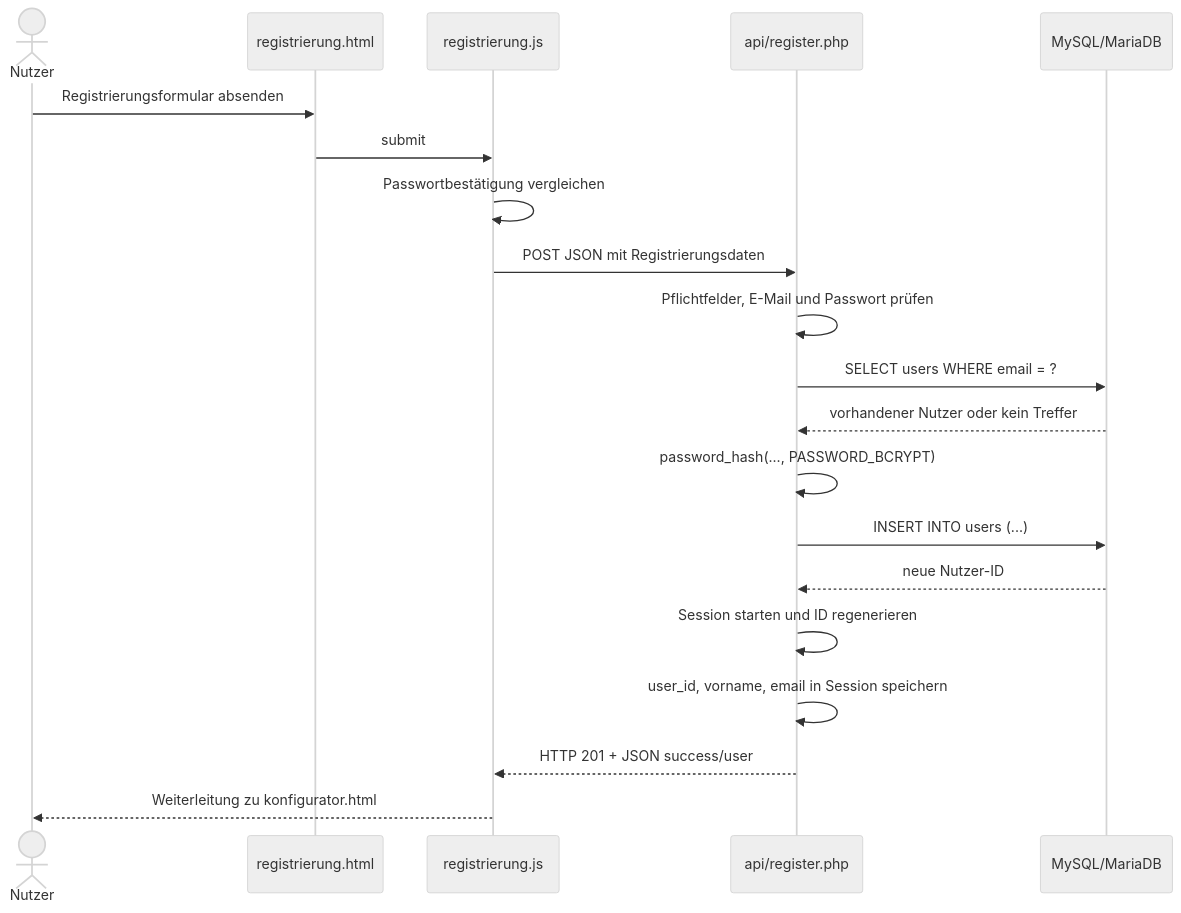
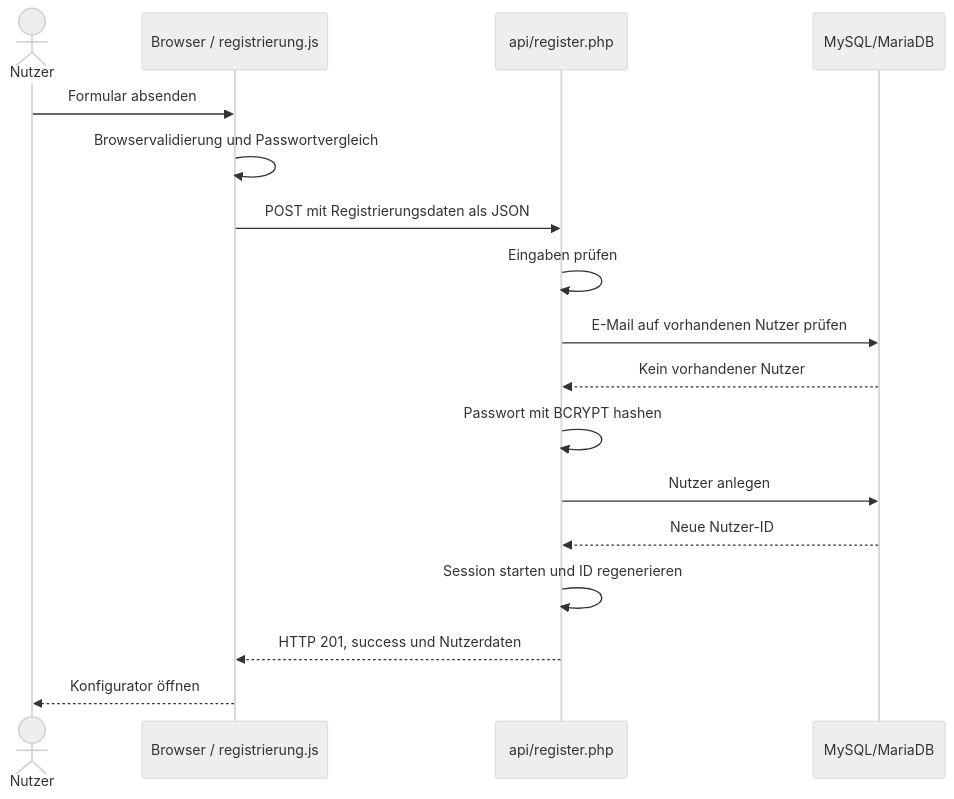
Before and after one commit to Familienmann89/Pizza-Tracker-: the first of 4 diagrams in docs/arch/A06 - Laufzeitsicht.md, drawn with Mermaid (neutral theme). The commit also changed other lines of this file, not shown here.

````diff
--- a/docs/arch/A06 - Laufzeitsicht.md
+++ b/docs/arch/A06 - Laufzeitsicht.md
@@ -27,23 +25,19 @@
 ```mermaid
 sequenceDiagram
     actor N as Nutzer
-    participant H as registrierung.html
-    participant J as registrierung.js
+    participant B as Browser / registrierung.js
     participant A as api/register.php
-    participant DB as MySQL/MariaDB
-
-    N->>H: Registrierungsformular absenden
-    H->>J: submit
-    J->>J: Passwortbestätigung vergleichen
-    J->>A: POST JSON mit Registrierungsdaten
-    A->>A: Pflichtfelder, E-Mail und Passwort prüfen
-    A->>DB: SELECT users WHERE email = ?
-    DB-->>A: vorhandener Nutzer oder kein Treffer
-    A->>A: password_hash(..., PASSWORD_BCRYPT)
-    A->>DB: INSERT INTO users (...)
-    DB-->>A: neue Nutzer-ID
+    participant D as MySQL/MariaDB
+    N->>B: Formular absenden
+    B->>B: Browservalidierung und Passwortvergleich
+    B->>A: POST mit Registrierungsdaten als JSON
+    A->>A: Eingaben prüfen
+    A->>D: E-Mail auf vorhandenen Nutzer prüfen
+    D-->>A: Kein vorhandener Nutzer
+    A->>A: Passwort mit BCRYPT hashen
+    A->>D: Nutzer anlegen
+    D-->>A: Neue Nutzer-ID
     A->>A: Session starten und ID regenerieren
-    A->>A: user_id, vorname, email in Session speichern
-    A-->>J: HTTP 201 + JSON success/user
-    J-->>N: Weiterleitung zu konfigurator.html
+    A-->>B: HTTP 201, success und Nutzerdaten
+    B-->>N: Konfigurator öffnen
 ```
````
